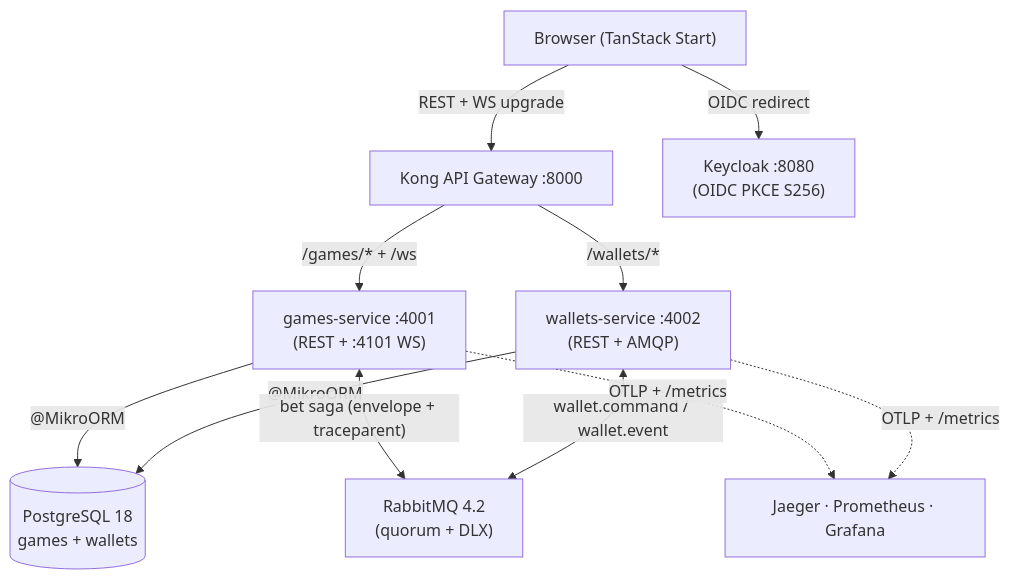
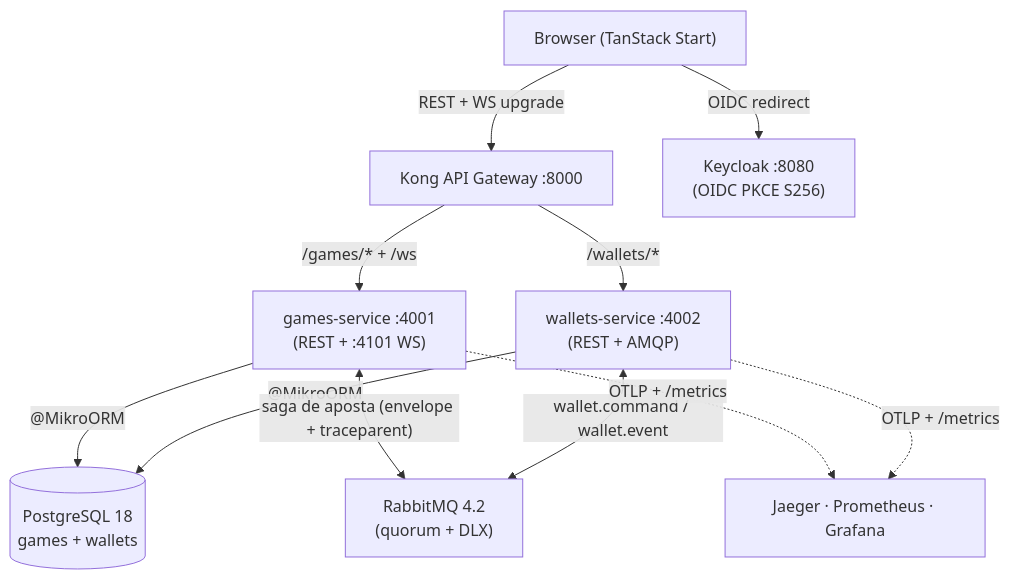
Before and after one commit to pedropaulobrasca/fullstack-challenge: the first of 2 diagrams in README.md, drawn with Mermaid. The commit also changed other lines of this file, not shown here.

````diff
--- a/README.md
+++ b/README.md
@@ -73,22 +73,22 @@
 ```mermaid
 graph TB
   Browser["Browser (TanStack Start)"]
   Kong["Kong API Gateway :8000"]
   Keycloak["Keycloak :8080<br/>(OIDC PKCE S256)"]
   Games["games-service :4001<br/>(REST + :4101 WS)"]
   Wallets["wallets-service :4002<br/>(REST + AMQP)"]
   PG[("PostgreSQL 18<br/>games + wallets")]
   RMQ["RabbitMQ 4.2<br/>(quorum + DLX)"]
   Obs["Jaeger · Prometheus · Grafana"]
 
   Browser -->|"REST + WS upgrade"| Kong
   Browser -->|"OIDC redirect"| Keycloak
   Kong -->|"/games/*  +  /ws"| Games
   Kong -->|"/wallets/*"| Wallets
   Games -->|"@MikroORM"| PG
   Wallets -->|"@MikroORM"| PG
-  Games <-->|"bet saga (envelope + traceparent)"| RMQ
+  Games <-->|"saga de aposta (envelope + traceparent)"| RMQ
   Wallets <-->|"wallet.command / wallet.event"| RMQ
   Games -.->|"OTLP + /metrics"| Obs
   Wallets -.->|"OTLP + /metrics"| Obs
 ```
````
